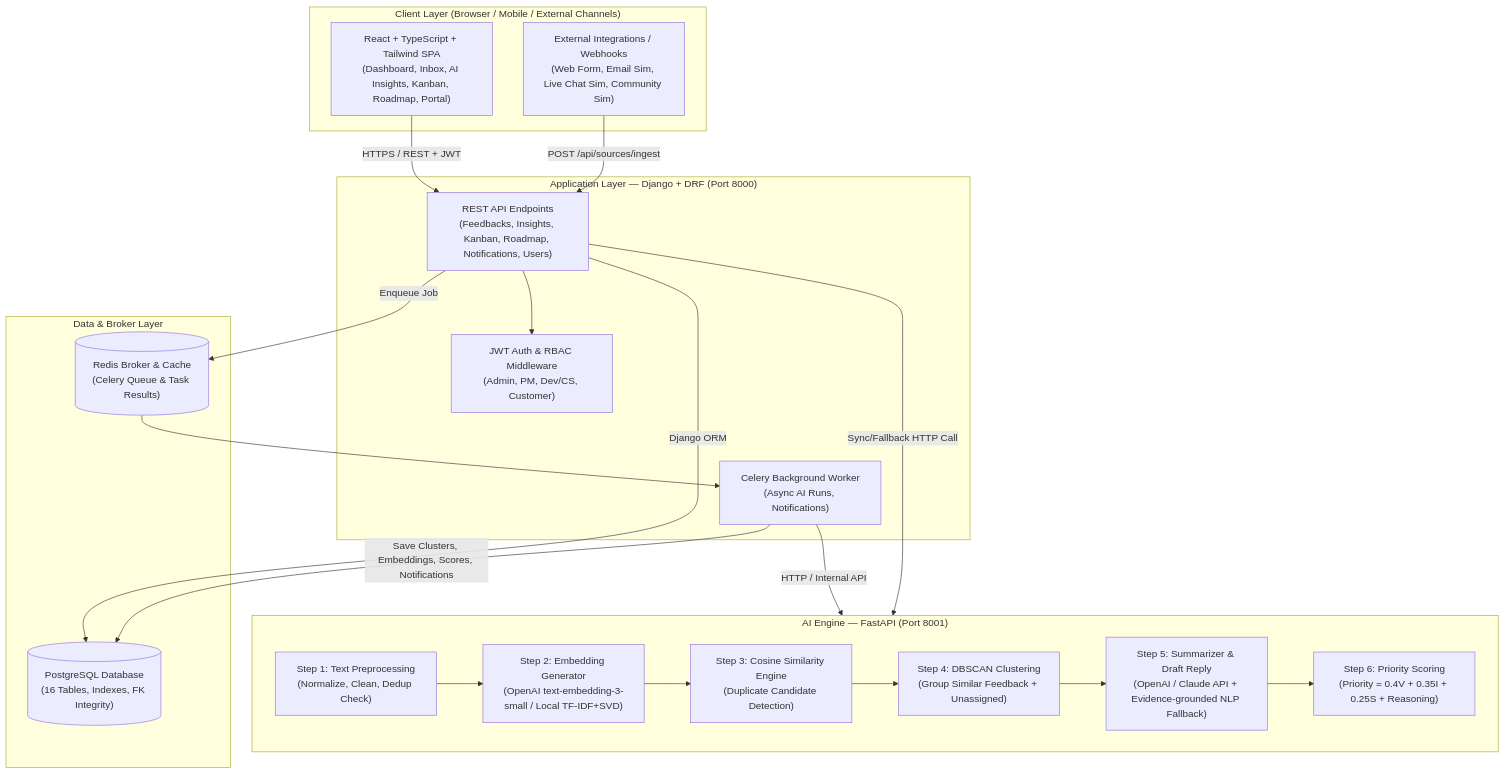
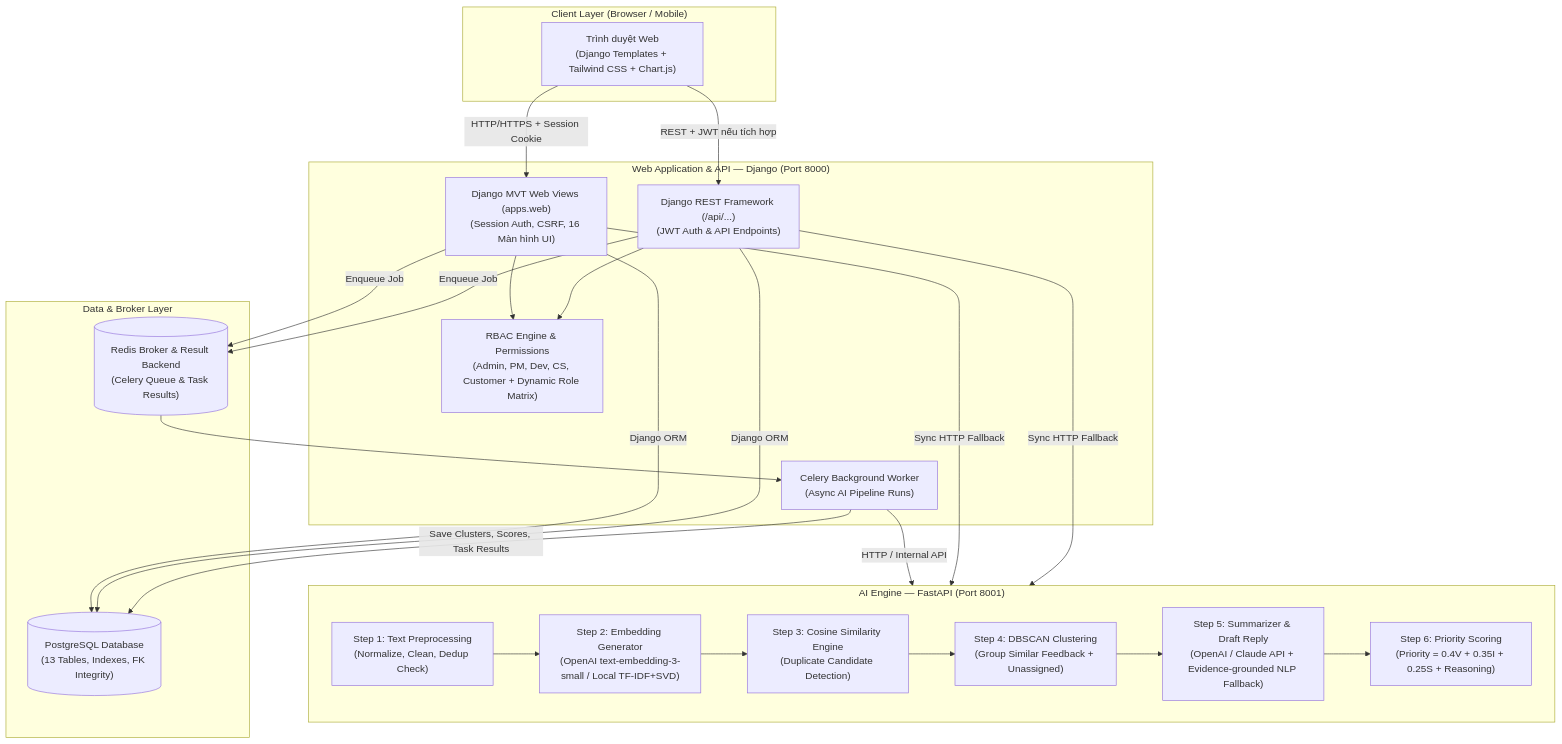
Before and after one commit to ngoctienh/insighthub-ai: the diagram in docs/01_SYSTEM_ARCHITECTURE.md, drawn with Mermaid. The commit also changed other lines of this file and 128 other files, not shown here.

Commit message:
Convert frontend to pure Python Django Templates, add Celery polling and sync docs

````diff
--- a/docs/01_SYSTEM_ARCHITECTURE.md
+++ b/docs/01_SYSTEM_ARCHITECTURE.md
@@ -18,38 +18,42 @@
 ```mermaid
 flowchart TB
-    subgraph Clients["Client Layer (Browser / Mobile / External Channels)"]
-        WebUI["React + TypeScript + Tailwind SPA<br/>(Dashboard, Inbox, AI Insights, Kanban, Roadmap, Portal)"]
-        ExtSources["External Integrations / Webhooks<br/>(Web Form, Email Sim, Live Chat Sim, Community Sim)"]
+    subgraph Clients["Client Layer (Browser / Mobile)"]
+        Browser["Trình duyệt Web<br/>(Django Templates + Tailwind CSS + Chart.js)"]
     end
 
-    subgraph Backend["Application Layer — Django + DRF (Port 8000)"]
-        Auth["JWT Auth & RBAC Middleware<br/>(Admin, PM, Dev/CS, Customer)"]
-        CoreAPI["REST API Endpoints<br/>(Feedbacks, Insights, Kanban, Roadmap, Notifications, Users)"]
-        Worker["Celery Background Worker<br/>(Async AI Runs, Notifications)"]
+    subgraph WebBackend["Web Application & API — Django (Port 8000)"]
+        WebUI["Django MVT Web Views (apps.web)<br/>(Session Auth, CSRF, 16 Màn hình UI)"]
+        Auth["RBAC Engine & Permissions<br/>(Admin, PM, Dev, CS, Customer + Dynamic Role Matrix)"]
+        CoreAPI["Django REST Framework (/api/...)<br/>(JWT Auth & API Endpoints)"]
+        Worker["Celery Background Worker<br/>(Async AI Pipeline Runs)"]
     end
 
     subgraph AIService["AI Engine — FastAPI (Port 8001)"]
         Preproc["Step 1: Text Preprocessing<br/>(Normalize, Clean, Dedup Check)"]
         Embed["Step 2: Embedding Generator<br/>(OpenAI text-embedding-3-small / Local TF-IDF+SVD)"]
         Sim["Step 3: Cosine Similarity Engine<br/>(Duplicate Candidate Detection)"]
         Cluster["Step 4: DBSCAN Clustering<br/>(Group Similar Feedback + Unassigned)"]
         Summarize["Step 5: Summarizer & Draft Reply<br/>(OpenAI / Claude API + Evidence-grounded NLP Fallback)"]
         Scoring["Step 6: Priority Scoring<br/>(Priority = 0.4V + 0.35I + 0.25S + Reasoning)"]
     end
 
     subgraph DataLayer["Data & Broker Layer"]
-        PG[("PostgreSQL Database<br/>(16 Tables, Indexes, FK Integrity)")]
-        Redis[("Redis Broker & Cache<br/>(Celery Queue & Task Results)")]
+        PG[("PostgreSQL Database<br/>(13 Tables, Indexes, FK Integrity)")]
+        Redis[("Redis Broker & Result Backend<br/>(Celery Queue & Task Results)")]
     end
 
-    WebUI -->|HTTPS / REST + JWT| CoreAPI
-    ExtSources -->|POST /api/sources/ingest| CoreAPI
+    Browser -->|HTTP/HTTPS + Session Cookie| WebUI
+    Browser -->|REST + JWT nếu tích hợp| CoreAPI
+    WebUI --> Auth
     CoreAPI --> Auth
+    WebUI -->|Django ORM| PG
     CoreAPI -->|Django ORM| PG
+    WebUI -->|Enqueue Job| Redis
     CoreAPI -->|Enqueue Job| Redis
     Redis --> Worker
     Worker -->|HTTP / Internal API| AIService
-    CoreAPI -->|Sync/Fallback HTTP Call| AIService
+    WebUI -->|Sync HTTP Fallback| AIService
+    CoreAPI -->|Sync HTTP Fallback| AIService
     Preproc --> Embed --> Sim --> Cluster --> Summarize --> Scoring
-    Worker -->|Save Clusters, Embeddings, Scores, Notifications| PG
+    Worker -->|Save Clusters, Scores, Task Results| PG
 ```
````
